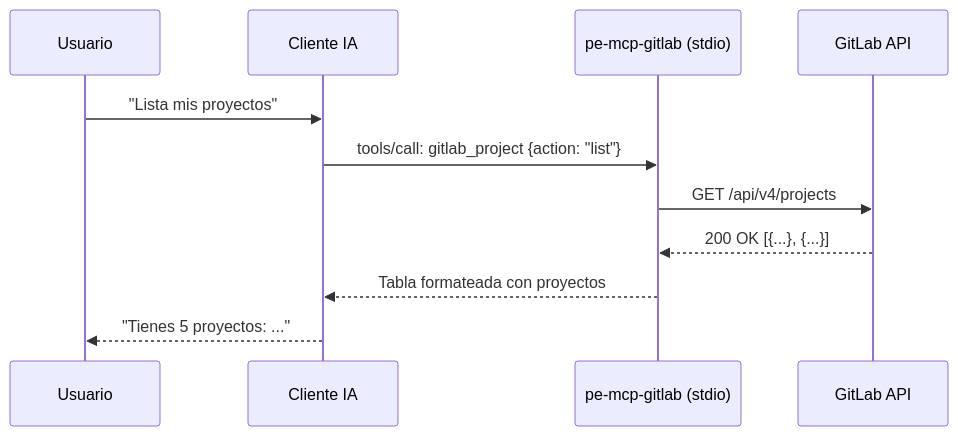
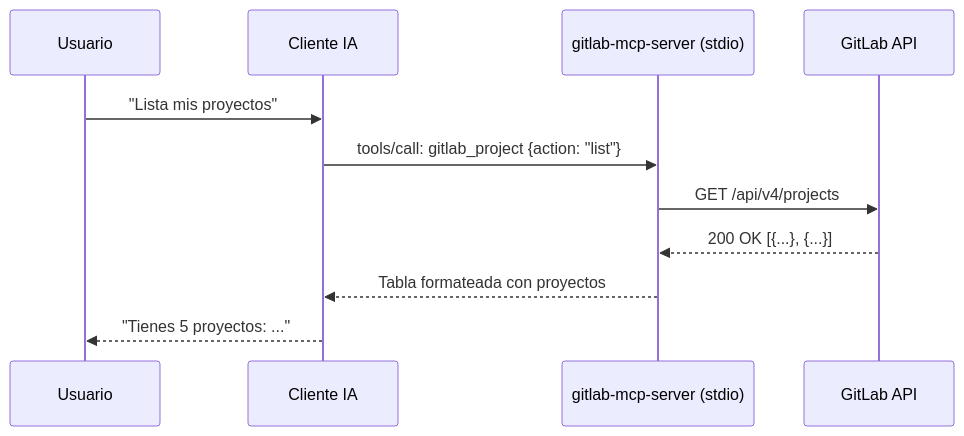
Before and after one commit to jmrplens/gitlab-mcp-server: the second of 6 diagrams in site/docs/architecture.md, drawn with Mermaid. The commit also changed other lines of this file and 10 other files, not shown here.

````diff
--- a/site/docs/architecture.md
+++ b/site/docs/architecture.md
@@ -31,14 +31,14 @@
 ```mermaid
 sequenceDiagram
     participant U as Usuario
     participant C as Cliente IA
-    participant S as pe-mcp-gitlab (stdio)
+    participant S as gitlab-mcp-server (stdio)
     participant G as GitLab API
 
     U->>C: "Lista mis proyectos"
     C->>S: tools/call: gitlab_project {action: "list"}
     S->>G: GET /api/v4/projects
     G-->>S: 200 OK [{...}, {...}]
     S-->>C: Tabla formateada con proyectos
     C-->>U: "Tienes 5 proyectos: ..."
 ```
````
